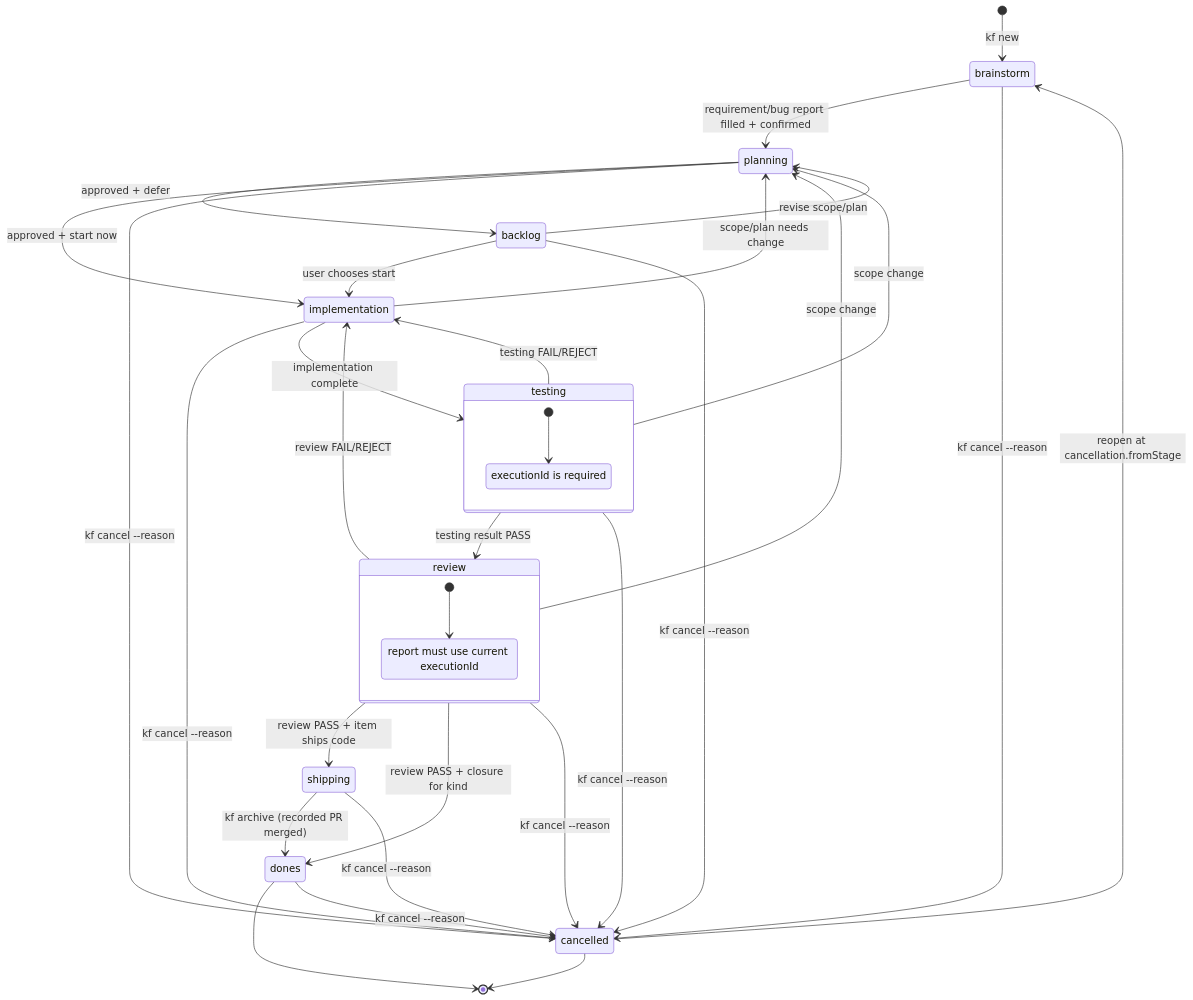
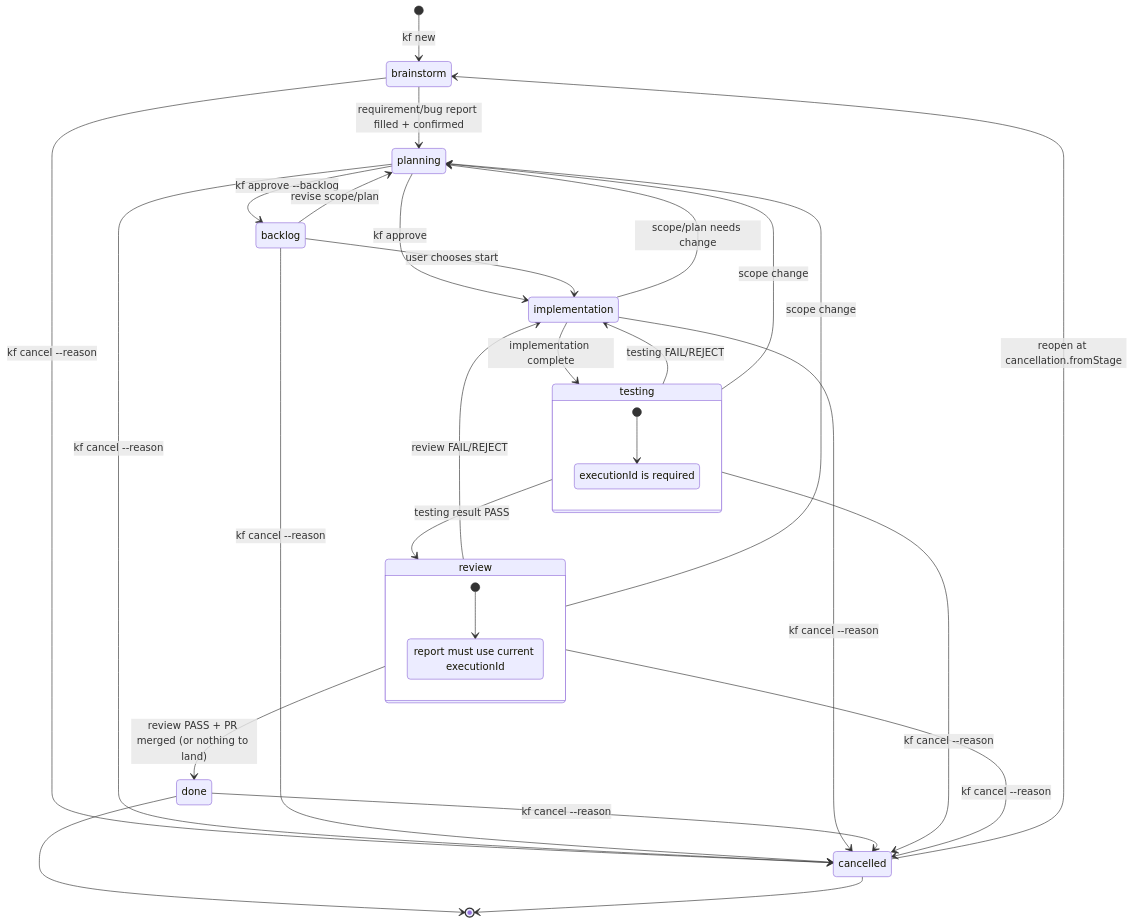
Before and after one commit to phuthuycoding/kanban-flow: the diagram in docs/workflow/state-machine.md, drawn with Mermaid. The commit also changed other lines of this file and 219 other files, not shown here.

First line of the commit message:
feat(workflow): slim the tail — review PASS closes on merge, no shipping stage (#107)

````diff
--- a/docs/workflow/state-machine.md
+++ b/docs/workflow/state-machine.md
@@ -3,39 +3,36 @@
 ```mermaid
 stateDiagram-v2
     [*] --> brainstorm: kf new
     brainstorm --> planning: requirement/bug report filled + confirmed
-    planning --> backlog: approved + defer
-    planning --> implementation: approved + start now
+    planning --> backlog: kf approve --backlog
+    planning --> implementation: kf approve
     backlog --> implementation: user chooses start
     backlog --> planning: revise scope/plan
     implementation --> testing: implementation complete
     implementation --> planning: scope/plan needs change
     testing --> review: testing result PASS
     testing --> implementation: testing FAIL/REJECT
     testing --> planning: scope change
-    review --> shipping: review PASS + item ships code
-    review --> dones: review PASS + closure for kind
-    shipping --> dones: kf archive (recorded PR merged)
+    review --> done: review PASS + PR merged (or nothing to land)
     review --> implementation: review FAIL/REJECT
     review --> planning: scope change
-    dones --> [*]
+    done --> [*]
     brainstorm --> cancelled: kf cancel --reason
     planning --> cancelled: kf cancel --reason
     backlog --> cancelled: kf cancel --reason
     implementation --> cancelled: kf cancel --reason
     testing --> cancelled: kf cancel --reason
     review --> cancelled: kf cancel --reason
-    shipping --> cancelled: kf cancel --reason
-    dones --> cancelled: kf cancel --reason
+    done --> cancelled: kf cancel --reason
     cancelled --> brainstorm: reopen at cancellation.fromStage
     cancelled --> [*]
 
     state testing {
         [*] --> execution
         execution: executionId is required
     }
     state review {
         [*] --> review_execution
         review_execution: report must use current executionId
     }
 ```
````
